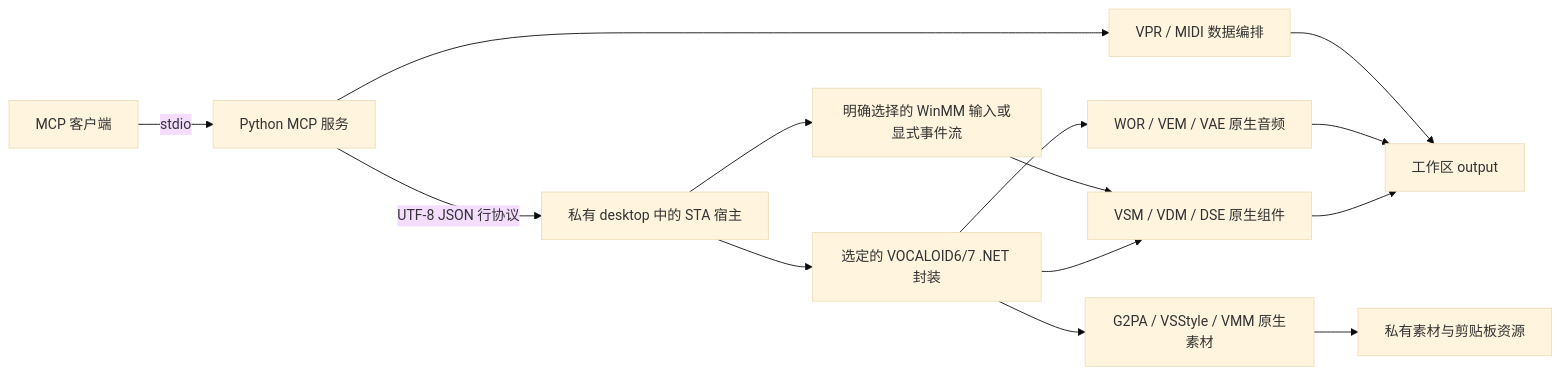
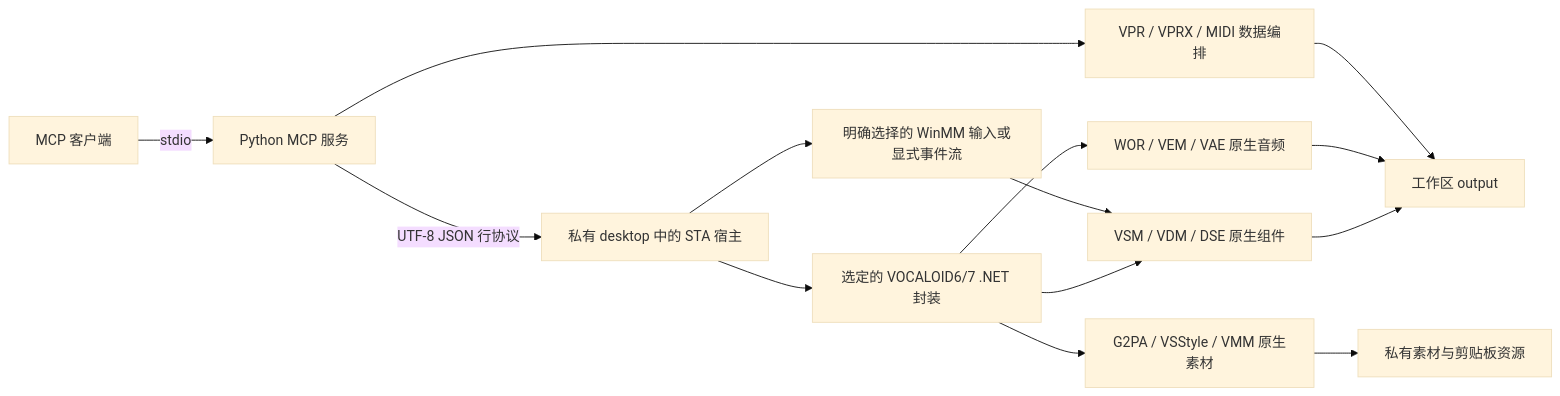
The diagram in docs/architecture.md (Asakitan/vocaloid_bridge), drawn with Mermaid (base theme) before and after one commit. The commit also changed other lines of this file and 63 other files, not shown here.

````diff
--- a/docs/architecture.md
+++ b/docs/architecture.md
@@ -3,16 +3,16 @@
 ```mermaid
 flowchart LR
     Client[MCP 客户端] -->|stdio| Python[Python MCP 服务]
     Python -->|UTF-8 JSON 行协议| Native[私有 desktop 中的 STA 宿主]
     Native --> Wrapper[选定的 VOCALOID6/7 .NET 封装]
     Wrapper --> Engine[VSM / VDM / DSE 原生组件]
     Wrapper --> Audio[WOR / VEM / VAE 原生音频]
     Wrapper --> Library[G2PA / VSStyle / VMM 原生素材]
     Native --> MIDI[明确选择的 WinMM 输入或显式事件流]
     MIDI --> Engine
-    Python --> Score[VPR / MIDI 数据编排]
+    Python --> Score[VPR / VPRX / MIDI 数据编排]
     Engine --> Output[工作区 output]
     Audio --> Output
     Library --> Private[私有素材与剪贴板资源]
     Score --> Output
 ```
````
